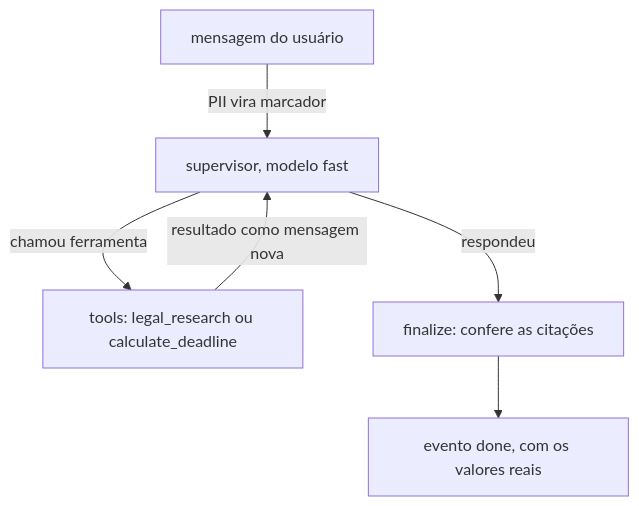
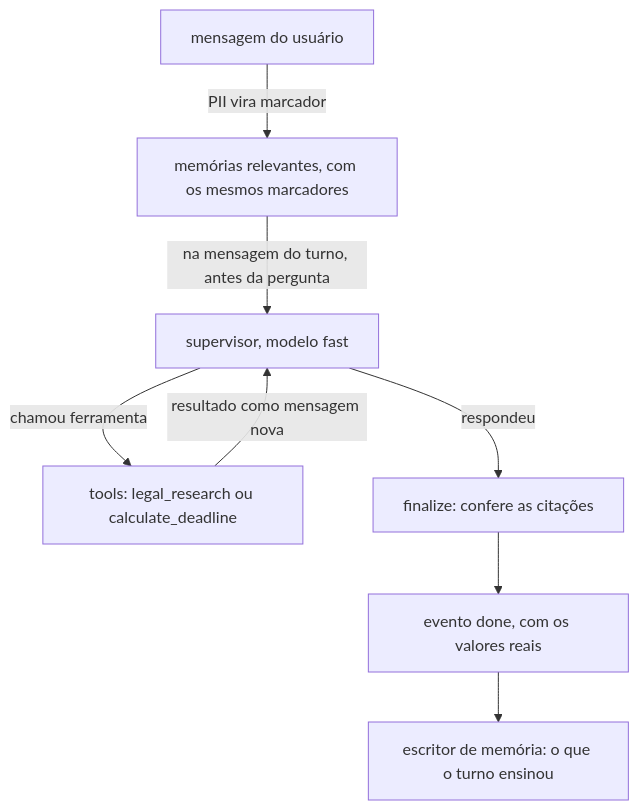
Before and after one commit to brunocs100/ementa: the third of 10 diagrams in docs/AGENTES.md, drawn with Mermaid. The commit also changed other lines of this file and 4 other files, not shown here.

````diff
--- a/docs/AGENTES.md
+++ b/docs/AGENTES.md
@@ -210,8 +210,10 @@
 ```mermaid
 flowchart TD
-    A["mensagem do usuário"] -->|"PII vira marcador"| B["supervisor, modelo fast"]
+    A["mensagem do usuário"] -->|"PII vira marcador"| M["memórias relevantes, com os mesmos marcadores"]
+    M -->|"na mensagem do turno, antes da pergunta"| B["supervisor, modelo fast"]
     B -->|"chamou ferramenta"| C["tools: legal_research ou calculate_deadline"]
     C -->|"resultado como mensagem nova"| B
     B -->|"respondeu"| D["finalize: confere as citações"]
     D --> E["evento done, com os valores reais"]
+    E --> W["escritor de memória: o que o turno ensinou"]
 ```
````
